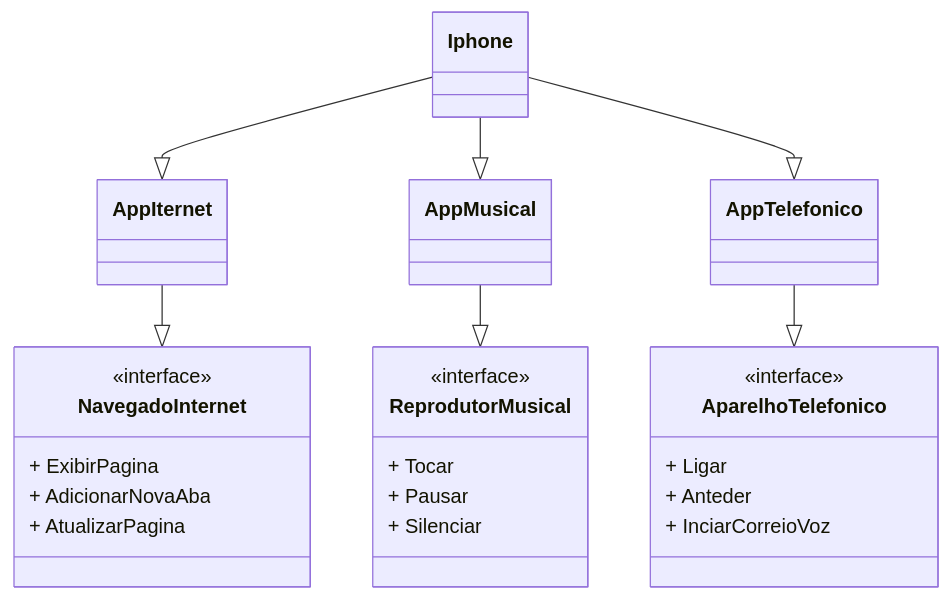
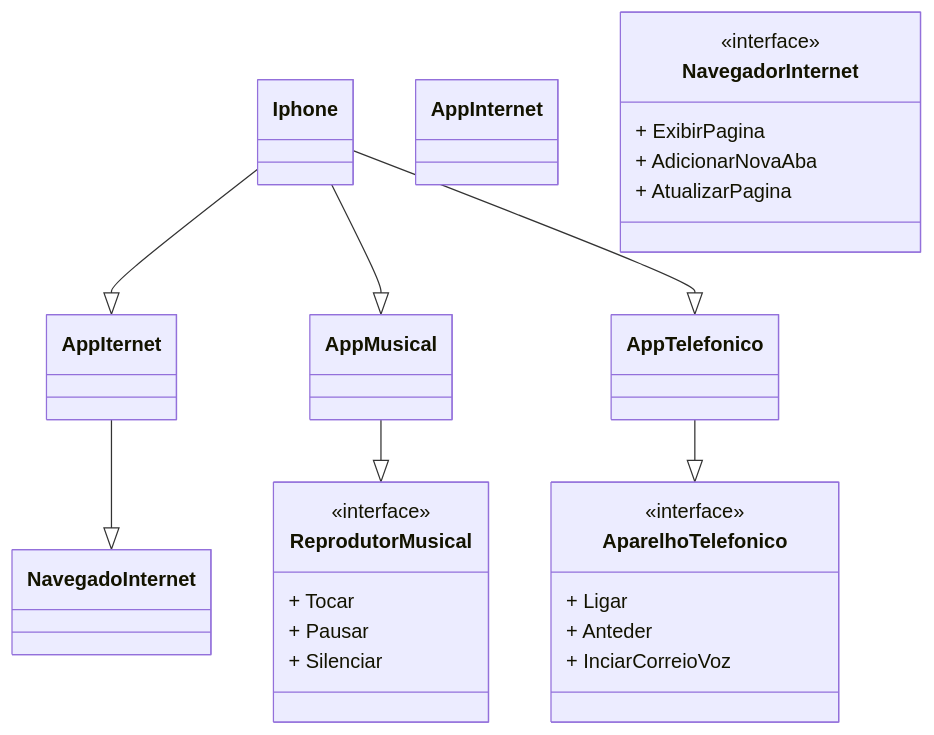
The diagram in README.md (MarcosPauloDosSantosSilva/Desafio_Dio_modelando_Iphone), drawn with Mermaid before and after one commit.

````diff
--- a/README.md
+++ b/README.md
@@ -4,53 +4,53 @@
 ```mermaid
 
 
 classDiagram
 
 class Iphone{  
       
   }
 
- class AppIternet{
+ class AppInternet{
  }
 
  class AppMusical{
  }
 
  class AppTelefonico{
  }
 
 
 
 
   class ReprodutorMusical{
        <<interface>>
     + Tocar
     + Pausar
     + Silenciar   
   }
 
   class AparelhoTelefonico{
        <<interface>>
     + Ligar
     + Anteder
     + InciarCorreioVoz    
   }
 
- class NavegadoInternet{
+ class NavegadorInternet{
        <<interface>>
     + ExibirPagina
     + AdicionarNovaAba
     + AtualizarPagina	
  }
 
 AppIternet--|>NavegadoInternet
 AppMusical--|>ReprodutorMusical
 AppTelefonico--|>AparelhoTelefonico
 
 
 Iphone--|>AppIternet
 Iphone--|>AppMusical
 Iphone--|>AppTelefonico
 
 
 ```
````
